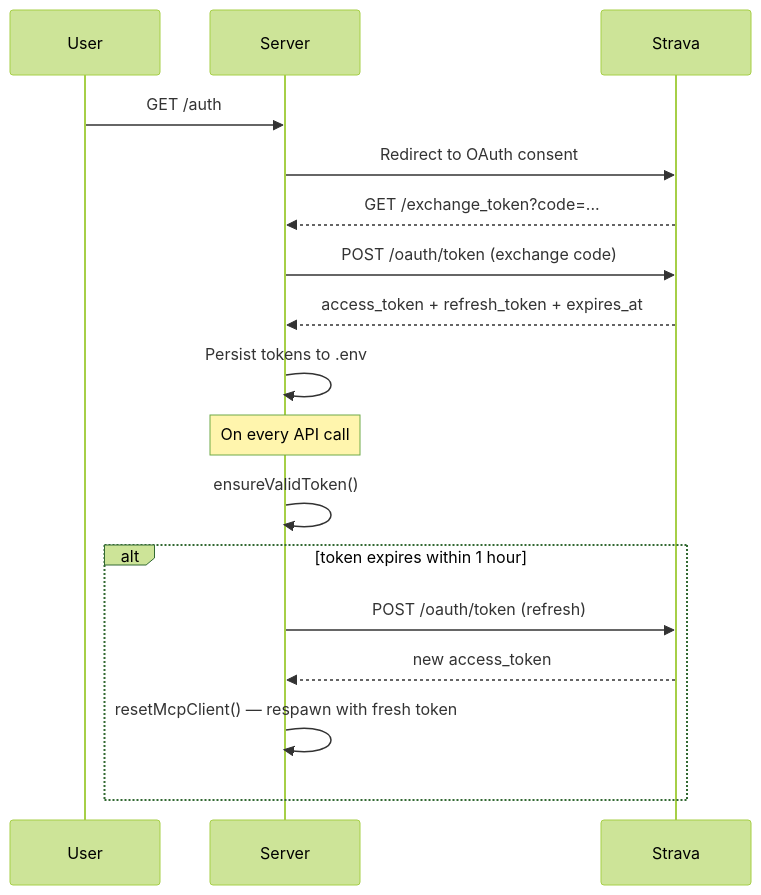
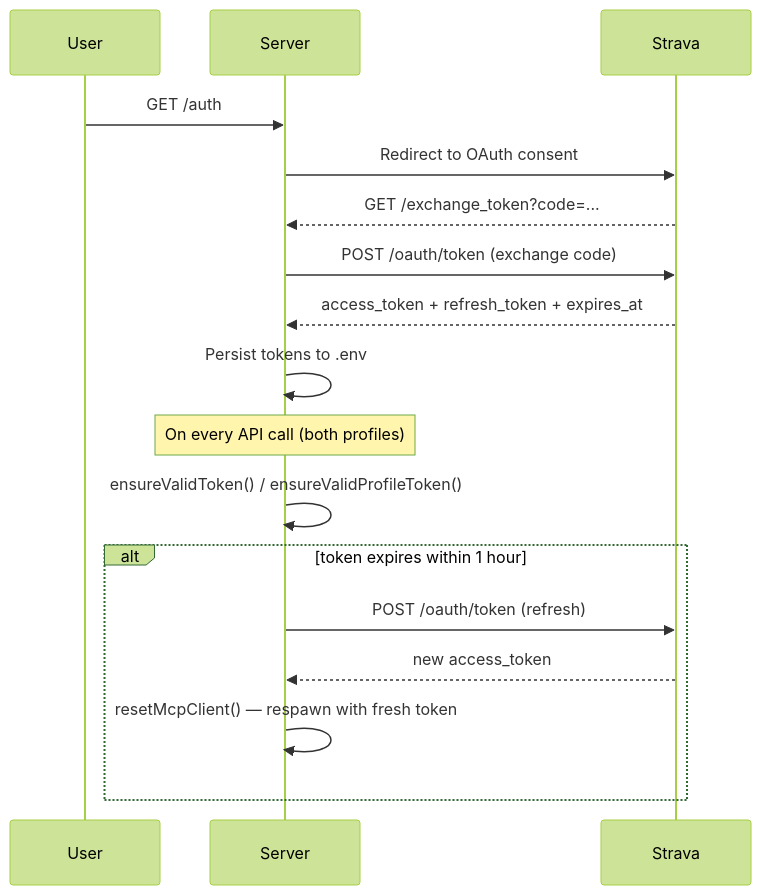
One commit to bhuvighosh3/HealthAnalyser changed the fifth of 5 diagrams in README.md. Above: the diagram before and after it, drawn with Mermaid (forest theme). The commit also changed other lines of this file and 2 other files, not shown here.

First line of the commit message:
feat: add second sample profile OAuth flow and auto token refresh

````diff
--- a/README.md
+++ b/README.md
@@ -190,21 +191,21 @@
 ```mermaid
 sequenceDiagram
     participant User
     participant Server
     participant Strava
 
     User->>Server: GET /auth
     Server->>Strava: Redirect to OAuth consent
     Strava-->>Server: GET /exchange_token?code=...
     Server->>Strava: POST /oauth/token (exchange code)
     Strava-->>Server: access_token + refresh_token + expires_at
     Server->>Server: Persist tokens to .env
 
-    Note over Server: On every API call
-    Server->>Server: ensureValidToken()
+    Note over Server: On every API call (both profiles)
+    Server->>Server: ensureValidToken() / ensureValidProfileToken()
     alt token expires within 1 hour
         Server->>Strava: POST /oauth/token (refresh)
         Strava-->>Server: new access_token
         Server->>Server: resetMcpClient() — respawn with fresh token
     end
 ```
````
